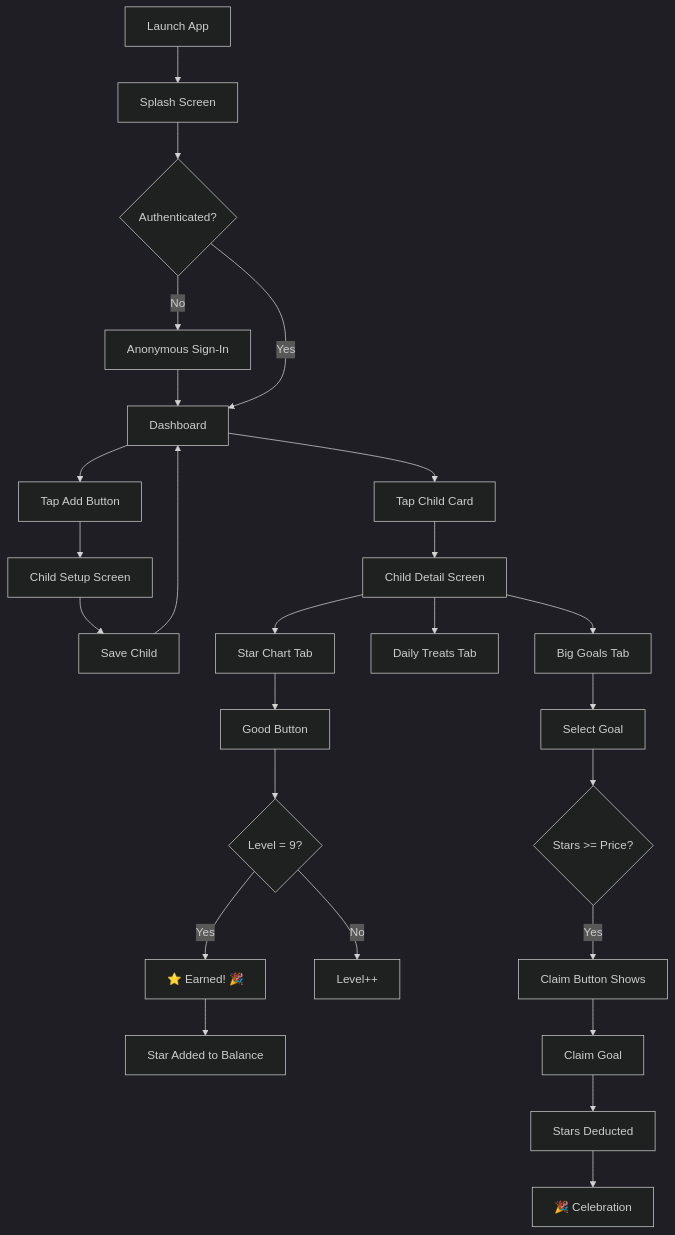
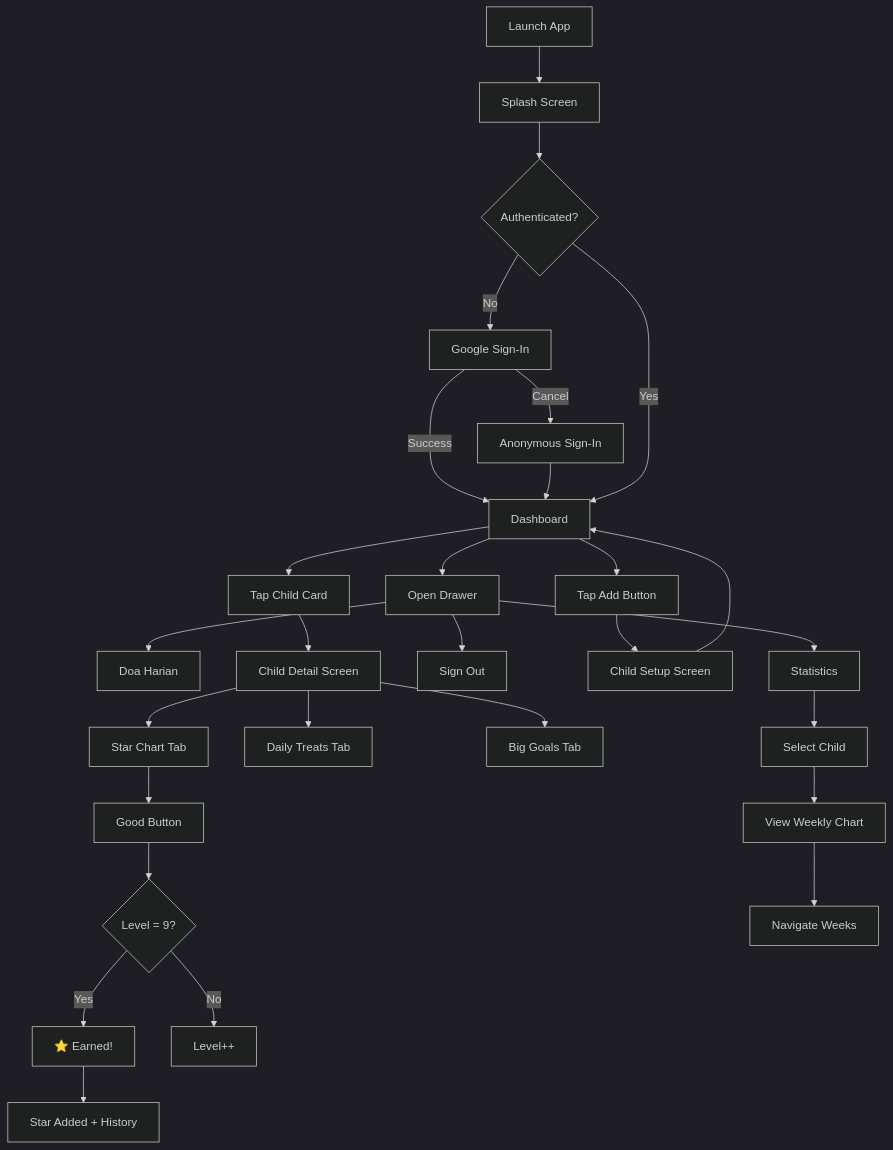
One commit to Ainmimdal/AuliyaFlutter changed the diagram in README.md. Above: the diagram before and after it, drawn with Mermaid (dark theme). The commit also changed other lines of this file and 14 other files, not shown here.

````diff
--- a/README.md
+++ b/README.md
@@ -213,33 +233,36 @@
 ```mermaid
 flowchart TD
     A[Launch App] --> B[Splash Screen]
     B --> C{Authenticated?}
-    C -->|No| D[Anonymous Sign-In]
-    D --> E[Dashboard]
+    C -->|No| D[Google Sign-In]
+    D -->|Success| E[Dashboard]
+    D -->|Cancel| F[Anonymous Sign-In]
+    F --> E
     C -->|Yes| E
     
-    E --> F[Tap Child Card]
-    E --> G[Tap Add Button]
+    E --> G[Tap Child Card]
+    E --> H[Tap Add Button]
+    E --> I[Open Drawer]
     
-    G --> H[Child Setup Screen]
-    H --> I[Save Child]
-    I --> E
+    I --> J[Doa Harian]
+    I --> K[Statistics]
+    I --> L[Sign Out]
     
-    F --> J[Child Detail Screen]
-    J --> K[Star Chart Tab]
-    J --> L[Daily Treats Tab]
-    J --> M[Big Goals Tab]
+    H --> M[Child Setup Screen]
+    M --> E
     
-    K --> N[Good Button]
-    N --> O{Level = 9?}
-    O -->|Yes| P[⭐ Earned! 🎉]
-    P --> Q[Star Added to Balance]
-    O -->|No| R[Level++]
+    G --> N[Child Detail Screen]
+    N --> O[Star Chart Tab]
+    N --> P[Daily Treats Tab]
+    N --> Q[Big Goals Tab]
     
-    M --> S[Select Goal]
-    S --> T{Stars >= Price?}
-    T -->|Yes| U[Claim Button Shows]
-    U --> V[Claim Goal]
-    V --> W[Stars Deducted]
-    W --> X[🎉 Celebration]
+    O --> R[Good Button]
+    R --> S{Level = 9?}
+    S -->|Yes| T[⭐ Earned!]
+    T --> U[Star Added + History]
+    S -->|No| V[Level++]
+    
+    K --> W[Select Child]
+    W --> X[View Weekly Chart]
+    X --> Y[Navigate Weeks]
 ```
````
